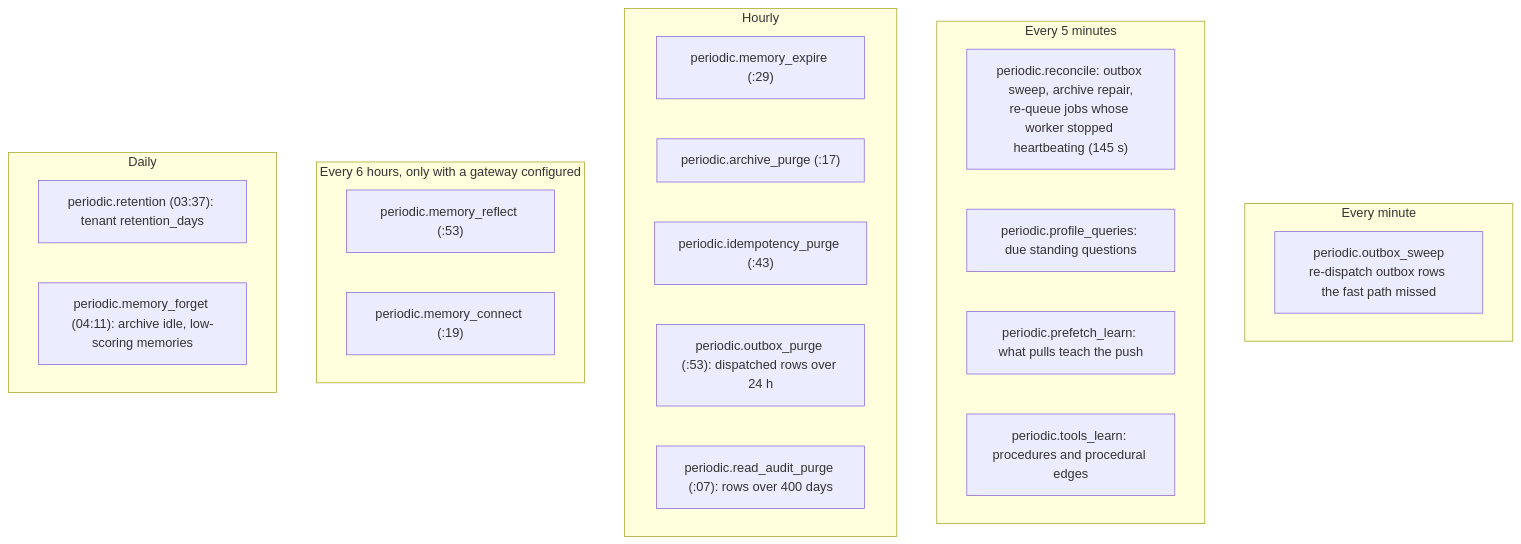
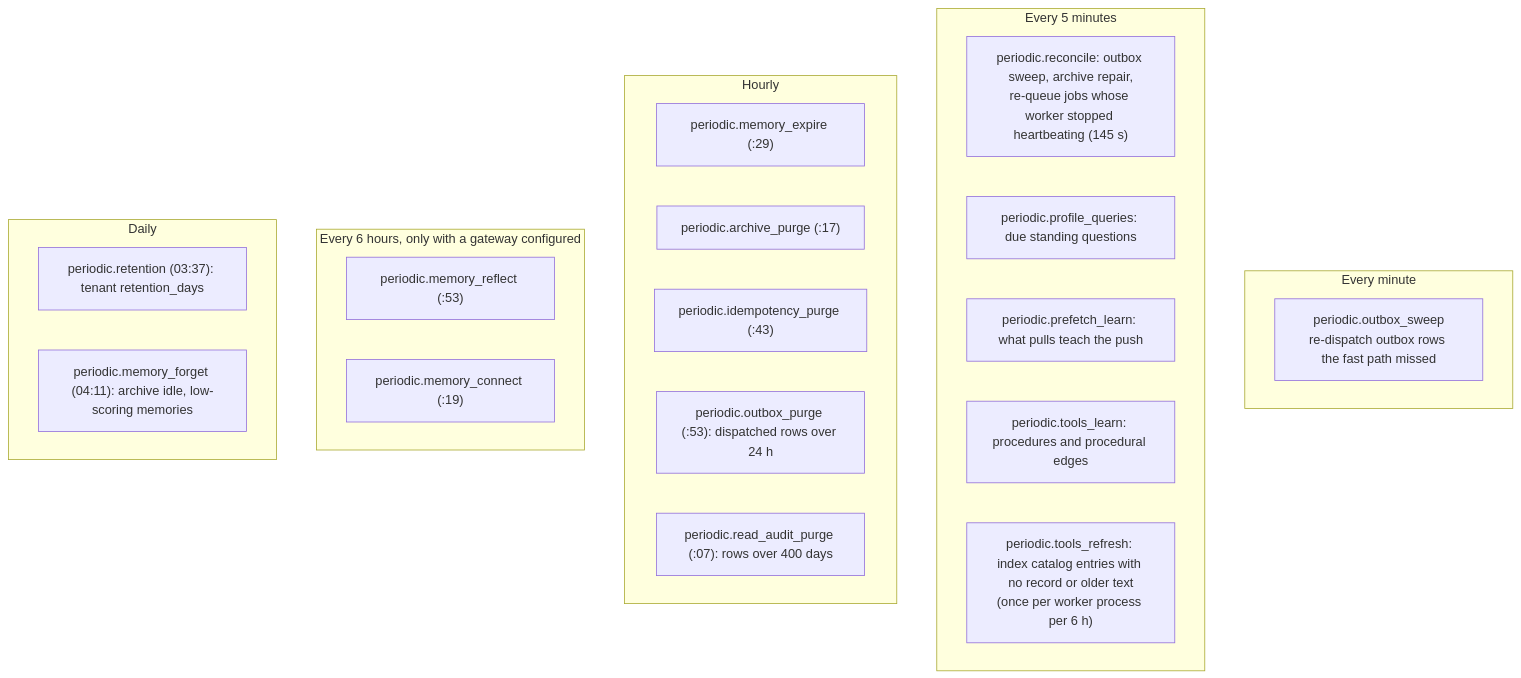
The second of 2 diagrams in docs/guide/11-operations.md (amitmohapatra/agent-memory-service), drawn with Mermaid before and after one commit. The commit also changed 14 other files, not shown here.

First line of the commit message:
Tool search: index parameter descriptions; keep the tools index safe and complete (#42)

````diff
--- a/docs/guide/11-operations.md
+++ b/docs/guide/11-operations.md
@@ -206,27 +206,28 @@
 ```mermaid
 flowchart TB
   subgraph minute[Every minute]
     OS["periodic.outbox_sweep<br/>re-dispatch outbox rows the fast path missed"]
   end
   subgraph five[Every 5 minutes]
     RC["periodic.reconcile: outbox sweep, archive repair,<br/>re-queue jobs whose worker stopped heartbeating (145 s)"]
     PQ["periodic.profile_queries: due standing questions"]
     PL["periodic.prefetch_learn: what pulls teach the push"]
     TL["periodic.tools_learn: procedures and procedural edges"]
+    TR["periodic.tools_refresh: index catalog entries with no record or older text<br/>(once per worker process per 6 h)"]
   end
   subgraph hourly[Hourly]
     EX["periodic.memory_expire (:29)"]
     AP["periodic.archive_purge (:17)"]
     IP["periodic.idempotency_purge (:43)"]
     OP["periodic.outbox_purge (:53): dispatched rows over 24 h"]
     RA["periodic.read_audit_purge (:07): rows over 400 days"]
   end
   subgraph six[Every 6 hours, only with a gateway configured]
     RF["periodic.memory_reflect (:53)"]
     CN["periodic.memory_connect (:19)"]
   end
   subgraph daily[Daily]
     RT["periodic.retention (03:37): tenant retention_days"]
     FG["periodic.memory_forget (04:11): archive idle, low-scoring memories"]
   end
 ```
````
